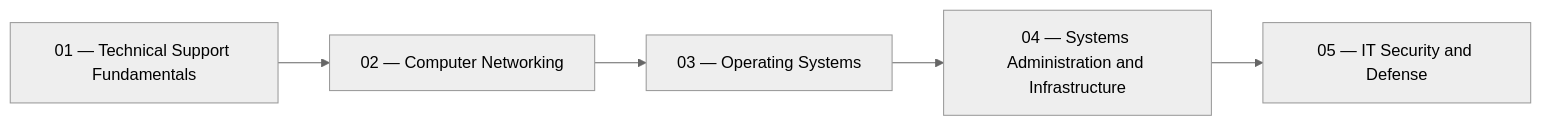
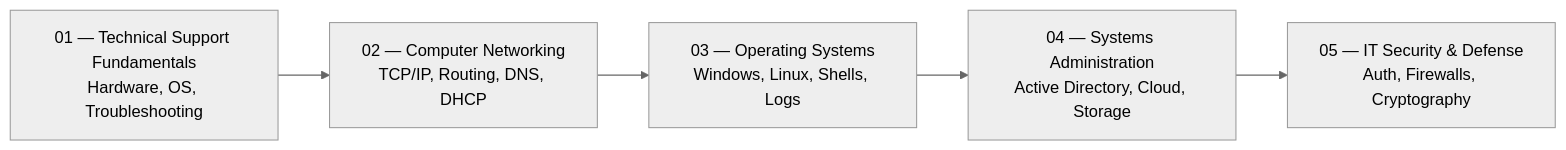
The first of 3 diagrams in content/docs/computer-basics/it-support/01-intro-to-it-roles.mdx (1345AbhishekKumar/cs-cookbook), drawn with Mermaid (neutral theme) before and after one commit. The commit also changed other lines of this file and 299 other files, not shown here.

````diff
--- a/content/docs/computer-basics/it-support/01-intro-to-it-roles.mdx
+++ b/content/docs/computer-basics/it-support/01-intro-to-it-roles.mdx
@@ -16,7 +44,7 @@
 ```mermaid
 flowchart LR
-    P1["01 — Technical Support Fundamentals"] --> P2["02 — Computer Networking"]
-    P2 --> P3["03 — Operating Systems"]
-    P3 --> P4["04 — Systems Administration and Infrastructure"]
-    P4 --> P5["05 — IT Security and Defense"]
+    P1["01 — Technical Support Fundamentals<br/>Hardware, OS, Troubleshooting"] --> P2["02 — Computer Networking<br/>TCP/IP, Routing, DNS, DHCP"]
+    P2 --> P3["03 — Operating Systems<br/>Windows, Linux, Shells, Logs"]
+    P3 --> P4["04 — Systems Administration<br/>Active Directory, Cloud, Storage"]
+    P4 --> P5["05 — IT Security & Defense<br/>Auth, Firewalls, Cryptography"]
 ```
````
